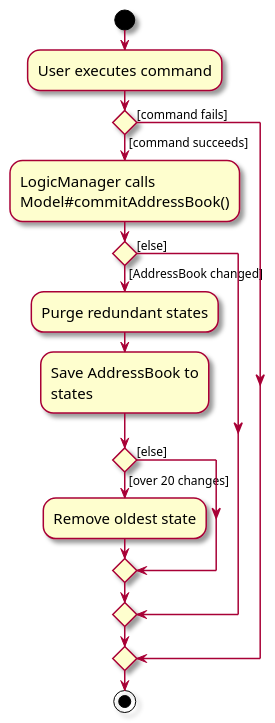
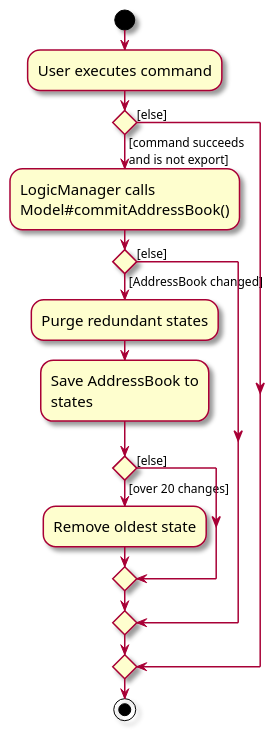
The diagram in docs/diagrams/CommitActivityDiagram.puml (AY2627S1-CS2103-F13-1/tp), drawn with PlantUML before and after one commit. The commit also changed 12 other files, not shown here.

Commit message:
Docs: Update the DG diagrams to match the code

```diff
--- a/docs/diagrams/CommitActivityDiagram.puml
+++ b/docs/diagrams/CommitActivityDiagram.puml
@@ -1,27 +1,28 @@
 @startuml
 skin rose
 skinparam ActivityFontSize 15
 skinparam ArrowFontSize 12
 start
 :User executes command;
 
 'Since the beta syntax does not support placing the condition outside the
 'diamond we place it as the true branch instead.
 
-if () then ([command succeeds])
+if () then ([command succeeds
+and is not export])
     :LogicManager calls
     Model#commitAddressBook();
     if () then ([AddressBook changed])
         :Purge redundant states;
         :Save AddressBook to
         states;
         if () then ([over 20 changes])
             :Remove oldest state;
         else ([else])
         endif
     else ([else])
     endif
-else ([command fails])
+else ([else])
 endif
 stop
 @enduml
```
